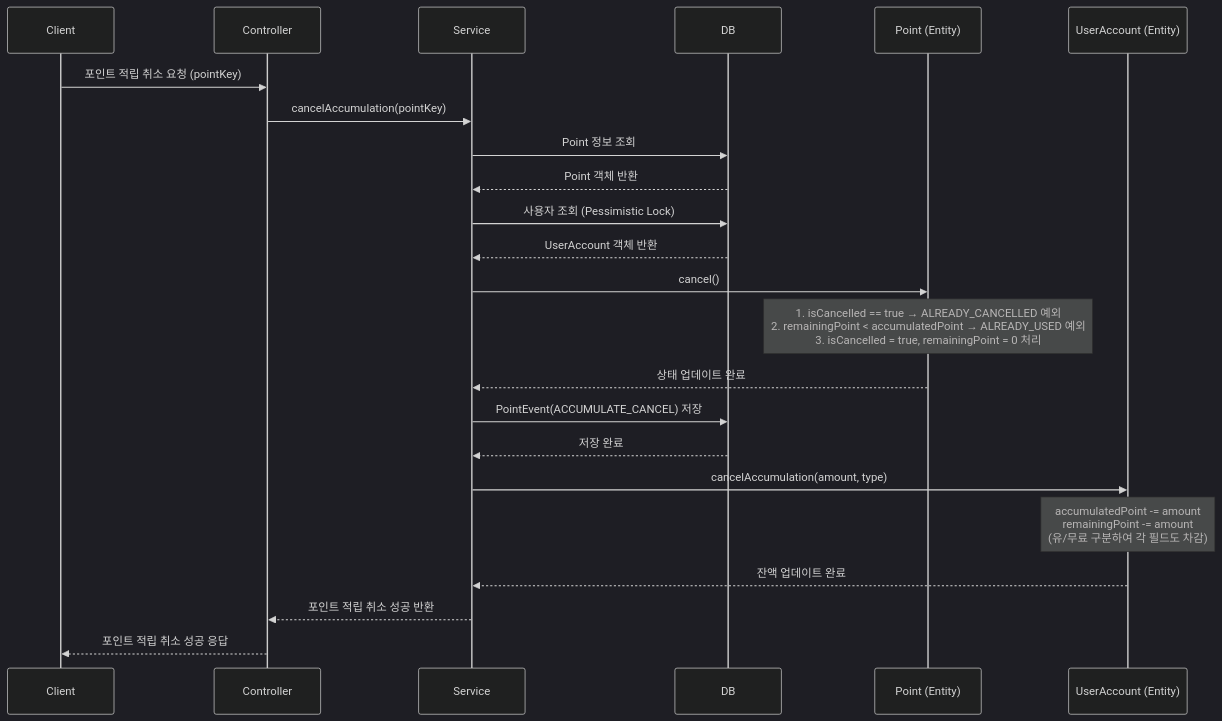
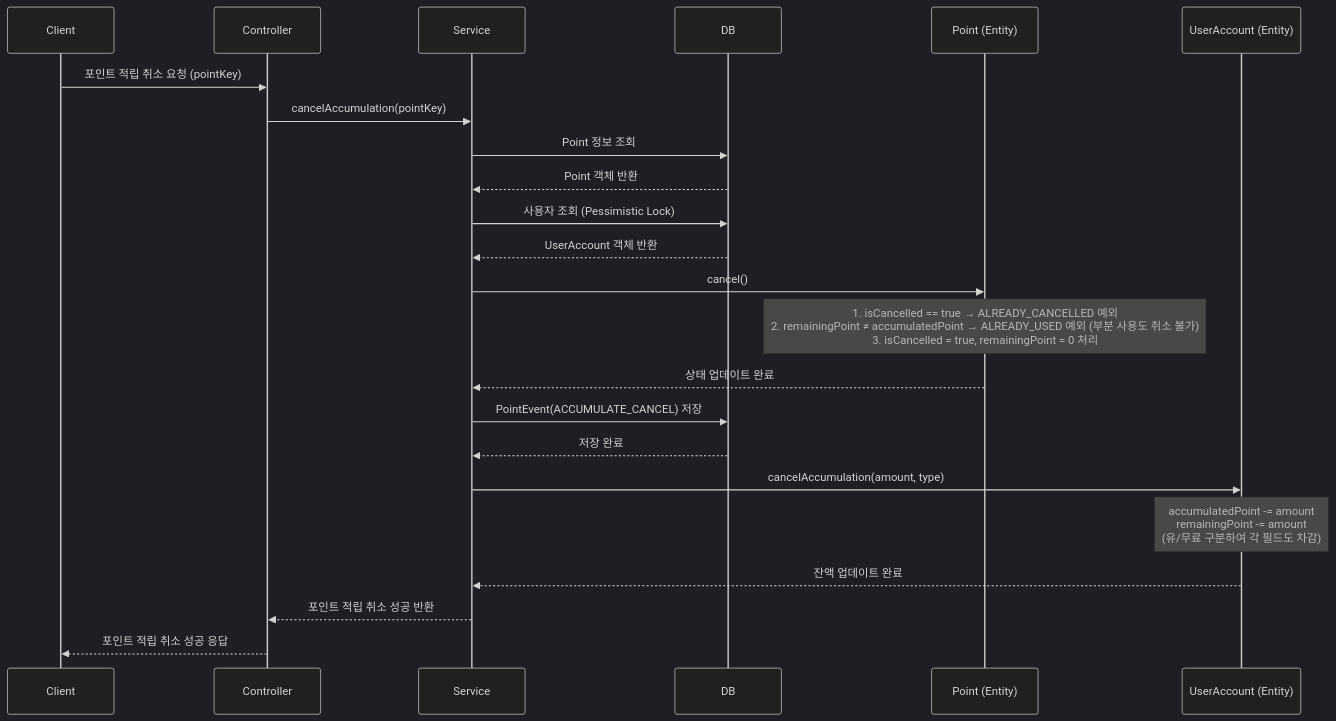
Before and after one commit to muzzaiwork/point: the second of 4 diagrams in README.md, drawn with Mermaid (dark theme). The commit also changed other lines of this file and 4 other files, not shown here.

````diff
--- a/README.md
+++ b/README.md
@@ -287,31 +287,31 @@
 ```mermaid
 sequenceDiagram
     participant Client
     participant Controller
     participant Service
     participant DB
     participant PointEntity as Point (Entity)
     participant UserAccountEntity as UserAccount (Entity)
 
     Client->>Controller: 포인트 적립 취소 요청 (pointKey)
     Controller->>Service: cancelAccumulation(pointKey)
     Service->>DB: Point 정보 조회
     DB-->>Service: Point 객체 반환
     
     Service->>DB: 사용자 조회 (Pessimistic Lock)
     DB-->>Service: UserAccount 객체 반환
     
     Service->>PointEntity: cancel()
-    Note over PointEntity: 1. isCancelled == true → ALREADY_CANCELLED 예외<br/>2. remainingPoint < accumulatedPoint → ALREADY_USED 예외<br/>3. isCancelled = true, remainingPoint = 0 처리
+    Note over PointEntity: 1. isCancelled == true → ALREADY_CANCELLED 예외<br/>2. remainingPoint ≠ accumulatedPoint → ALREADY_USED 예외 (부분 사용도 취소 불가)<br/>3. isCancelled = true, remainingPoint = 0 처리
     PointEntity-->>Service: 상태 업데이트 완료
 
     Service->>DB: PointEvent(ACCUMULATE_CANCEL) 저장
     DB-->>Service: 저장 완료
 
     Service->>UserAccountEntity: cancelAccumulation(amount, type)
     Note over UserAccountEntity: accumulatedPoint -= amount<br/>remainingPoint -= amount<br/>(유/무료 구분하여 각 필드도 차감)
     UserAccountEntity-->>Service: 잔액 업데이트 완료
 
     Service-->>Controller: 포인트 적립 취소 성공 반환
     Controller-->>Client: 포인트 적립 취소 성공 응답
 ```
````
